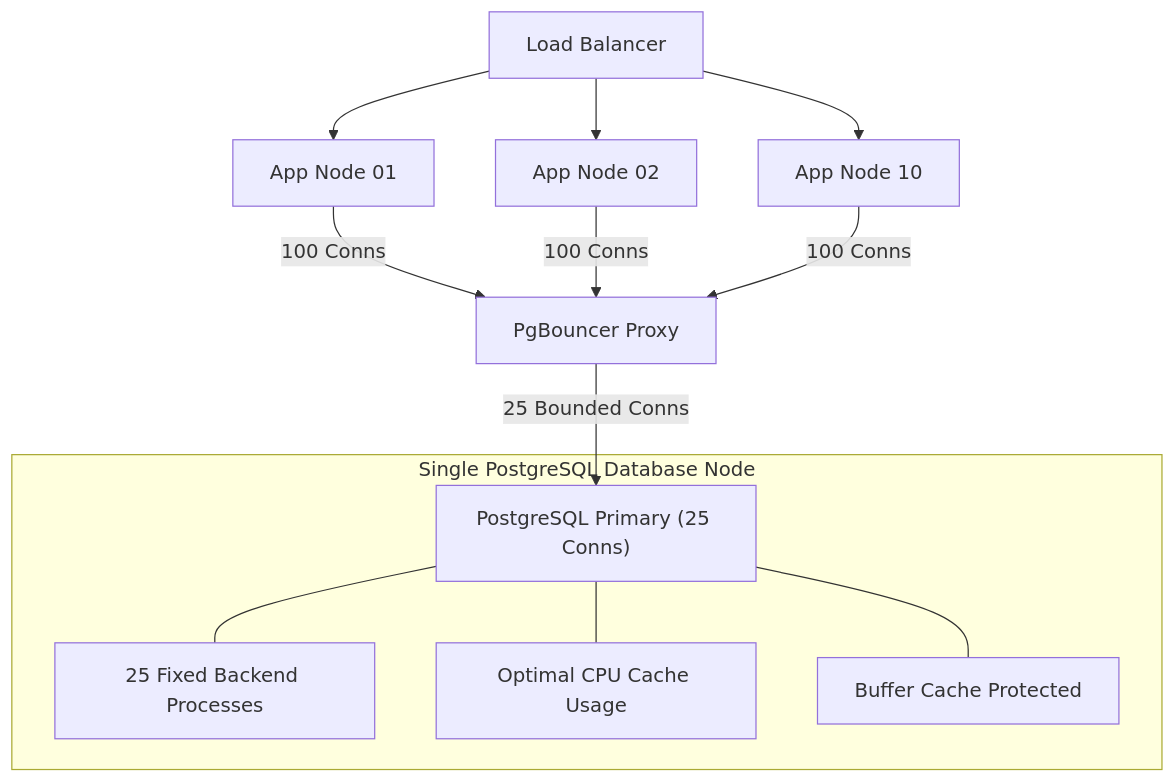
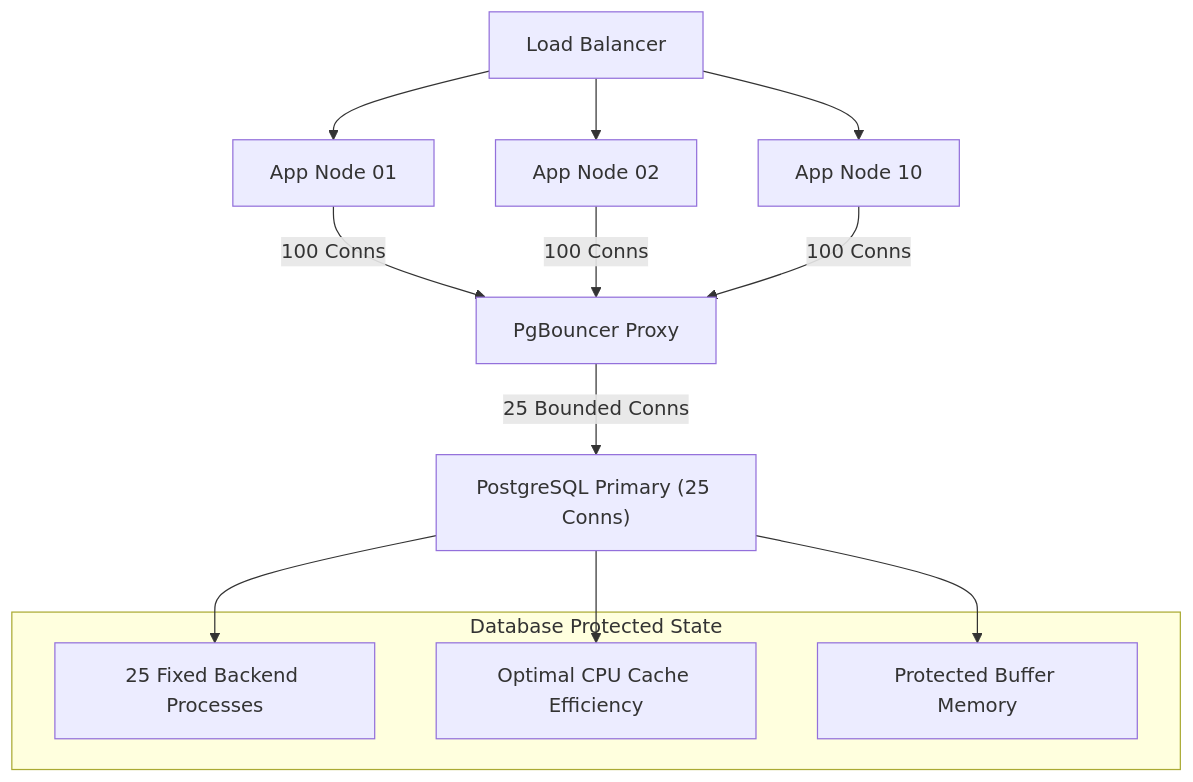
The third of 5 diagrams in days/phase-2-database-becomes-the-problem/day-06-app-scales-db-doesnt/README.md (userhimanshuverma/30_Days_of_Building_Systems_That_Scale), drawn with Mermaid before and after one commit. The commit also changed other lines of this file, not shown here.

Commit message:
fix(docs): resolve Mermaid node ownership and cross-subgraph layout error in Diagram 2

````diff
--- a/days/phase-2-database-becomes-the-problem/day-06-app-scales-db-doesnt/README.md
+++ b/days/phase-2-database-becomes-the-problem/day-06-app-scales-db-doesnt/README.md
@@ -246,19 +249,22 @@
 ```mermaid
 graph TD
     LB["Load Balancer"] --> App1["App Node 01"]
     LB --> App2["App Node 02"]
     LB --> App3["App Node 10"]
 
     App1 -->|100 Conns| PGB["PgBouncer Proxy"]
     App2 -->|100 Conns| PGB
     App3 -->|100 Conns| PGB
 
-    PGB -->|25 Bounded Conns| DB
+    PGB -->|25 Bounded Conns| DB["PostgreSQL Primary (25 Conns)"]
 
-    subgraph Optimized_DB ["Single PostgreSQL Database Node"]
-        DB["PostgreSQL Primary (25 Conns)"]
-        DB --- H1["25 Fixed Backend Processes"]
-        DB --- H2["Optimal CPU Cache Usage"]
-        DB --- H3["Buffer Cache Protected"]
+    subgraph DB_Health ["Database Protected State"]
+        H1["25 Fixed Backend Processes"]
+        H2["Optimal CPU Cache Efficiency"]
+        H3["Protected Buffer Memory"]
     end
+
+    DB --> H1
+    DB --> H2
+    DB --> H3
 ```
````
